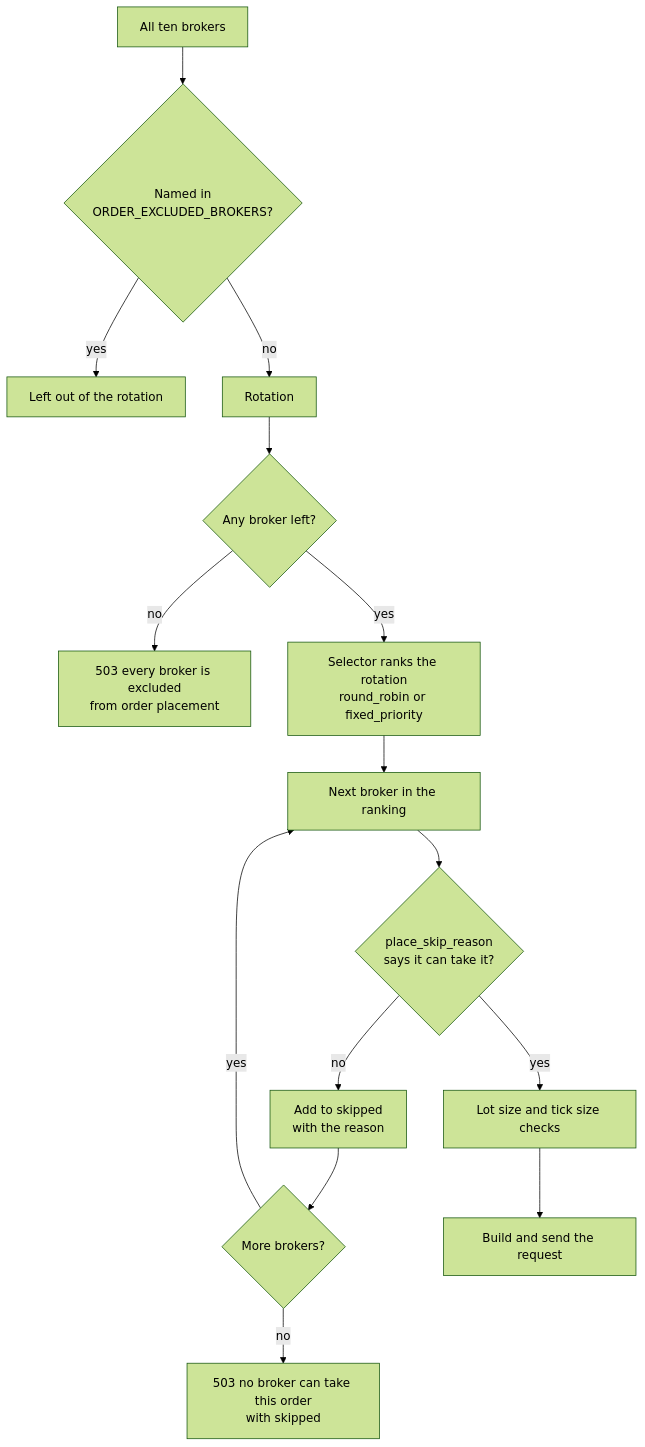
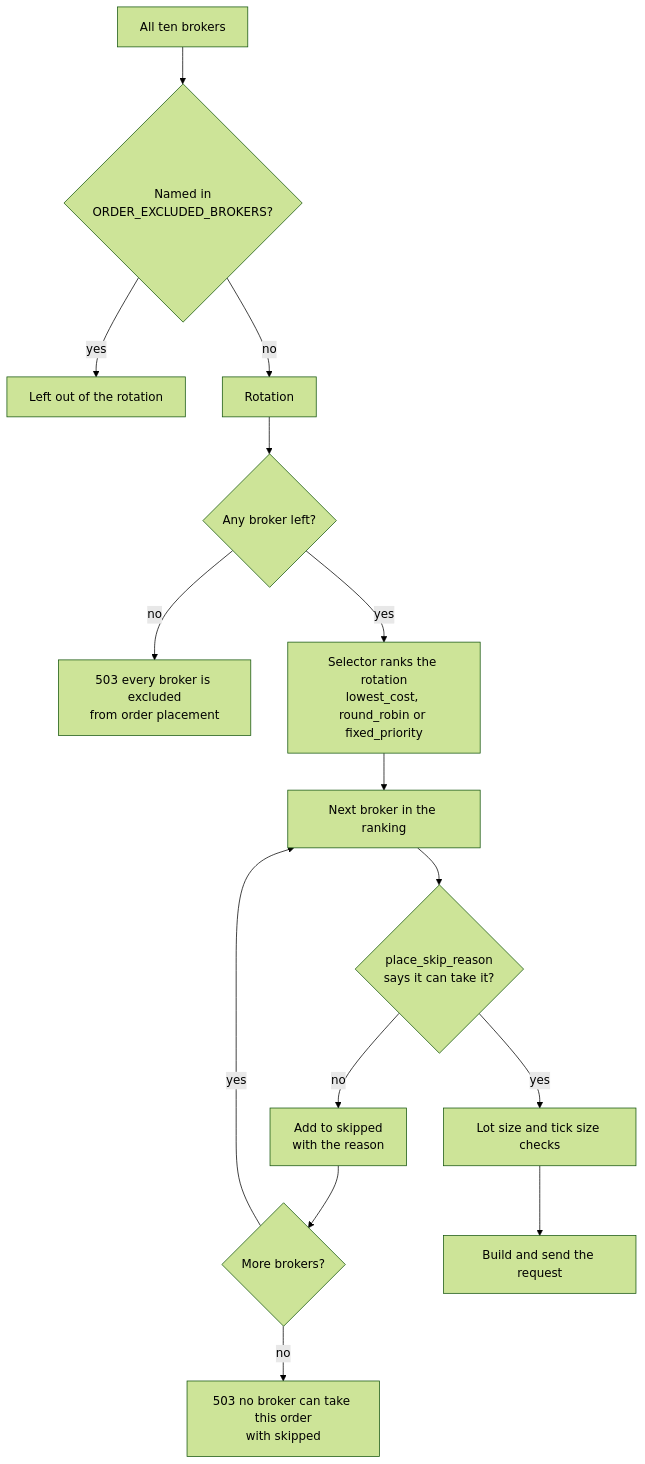
The third of 4 diagrams in docs/rest-api/orders.md (pramodathani/unified_broker_interface), drawn with Mermaid (forest theme) before and after one commit. The commit also changed other lines of this file and 13 other files, not shown here.

````diff
--- a/docs/rest-api/orders.md
+++ b/docs/rest-api/orders.md
@@ -1191,17 +1191,17 @@
 ```mermaid
 flowchart TD
     A["All ten brokers"] --> B{"Named in<br/>ORDER_EXCLUDED_BROKERS?"}
     B -- yes --> X["Left out of the rotation"]
     B -- no --> C["Rotation"]
     C --> D{"Any broker left?"}
     D -- no --> E["503 every broker is excluded<br/>from order placement"]
-    D -- yes --> F["Selector ranks the rotation<br/>round_robin or fixed_priority"]
+    D -- yes --> F["Selector ranks the rotation<br/>lowest_cost, round_robin or fixed_priority"]
     F --> G["Next broker in the ranking"]
     G --> H{"place_skip_reason<br/>says it can take it?"}
     H -- no --> I["Add to skipped<br/>with the reason"]
     I --> J{"More brokers?"}
     J -- yes --> G
     J -- no --> K["503 no broker can take this order<br/>with skipped"]
     H -- yes --> L["Lot size and tick size checks"]
     L --> M["Build and send the request"]
 ```
````
